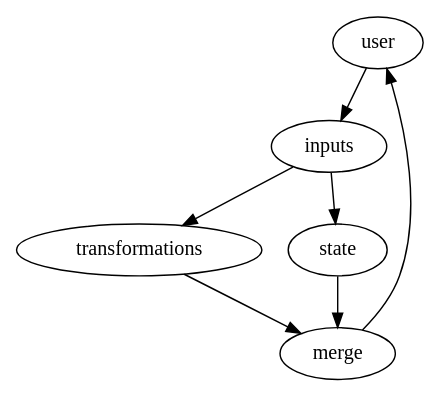
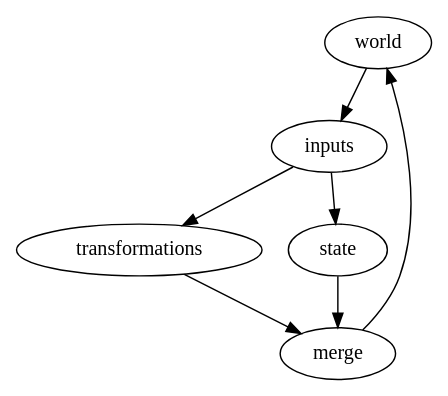
The diagram in ciclo.dot (thalesmg/frp-presentation), drawn with Graphviz before and after one commit. The commit also changed 1 other file, not shown here.

```diff
--- a/ciclo.dot
+++ b/ciclo.dot
@@ -1,14 +1,14 @@
 digraph G {
-        user;
+        world;
 
         inputs;
         transformations;
         state;
         merge;
 
         inputs -> transformations -> merge;
         inputs -> state -> merge;
 
-        user -> inputs;
-        merge -> user;
+        world -> inputs;
+        merge -> world;
 }
```
